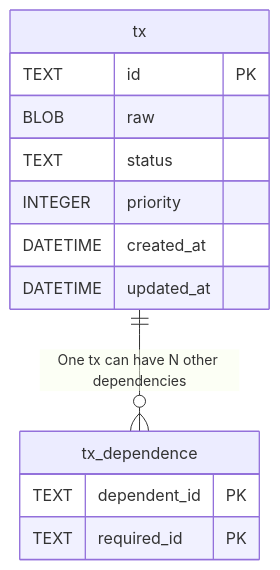
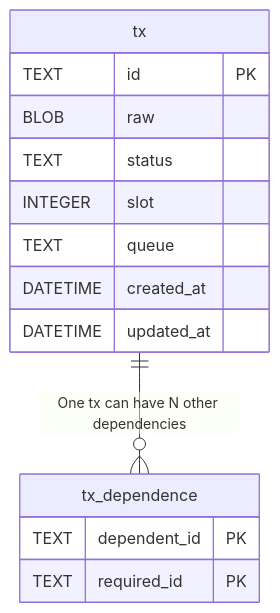
Before and after one commit to txpipe/boros: the second of 2 diagrams in docs/app/design/page.mdx, drawn with Mermaid. The commit also changed 15 other files, not shown here.

````diff
--- a/docs/app/design/page.mdx
+++ b/docs/app/design/page.mdx
@@ -74,18 +74,19 @@
 ```mermaid
 erDiagram
     tx {
         TEXT id PK
         BLOB raw
         TEXT status
-        INTEGER priority
+        INTEGER slot
+        TEXT queue
         DATETIME created_at
         DATETIME updated_at
     }
 
     tx_dependence {
         TEXT dependent_id PK
         TEXT required_id PK
     }
 
     tx ||--o{ tx_dependence : "One tx can have N other dependencies"
 ```
````
